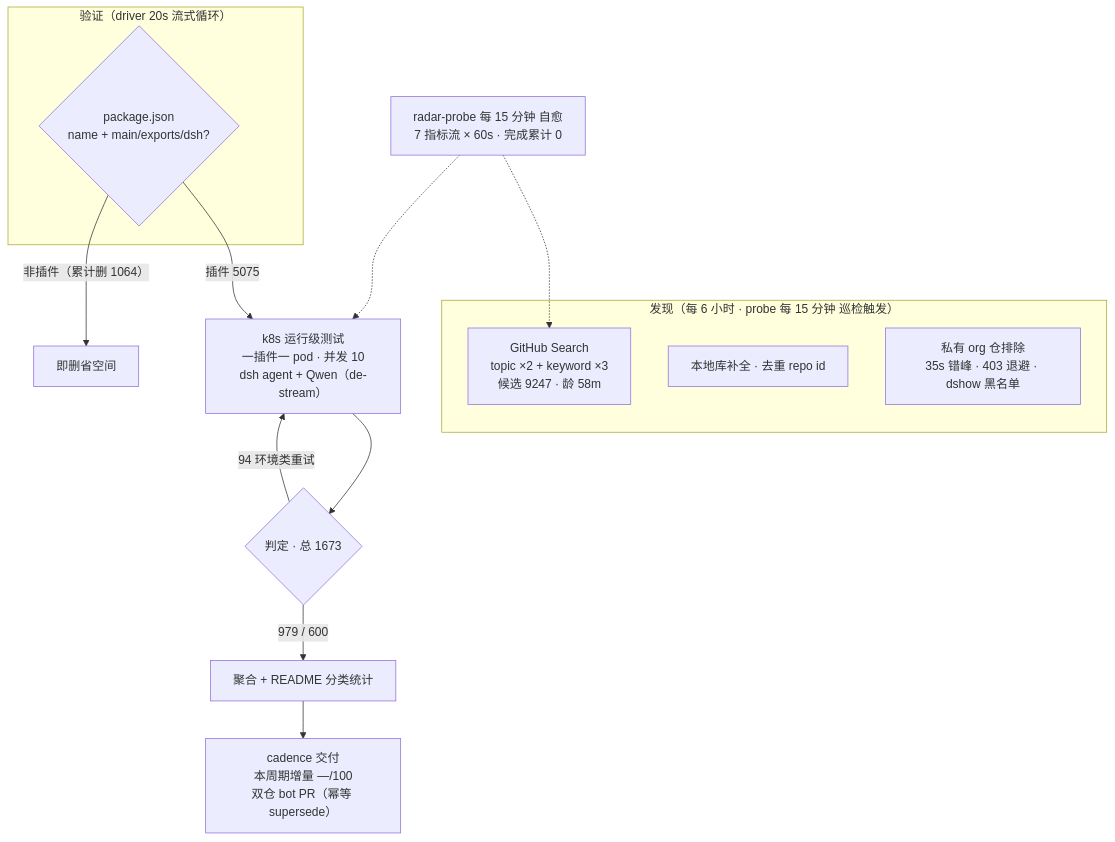
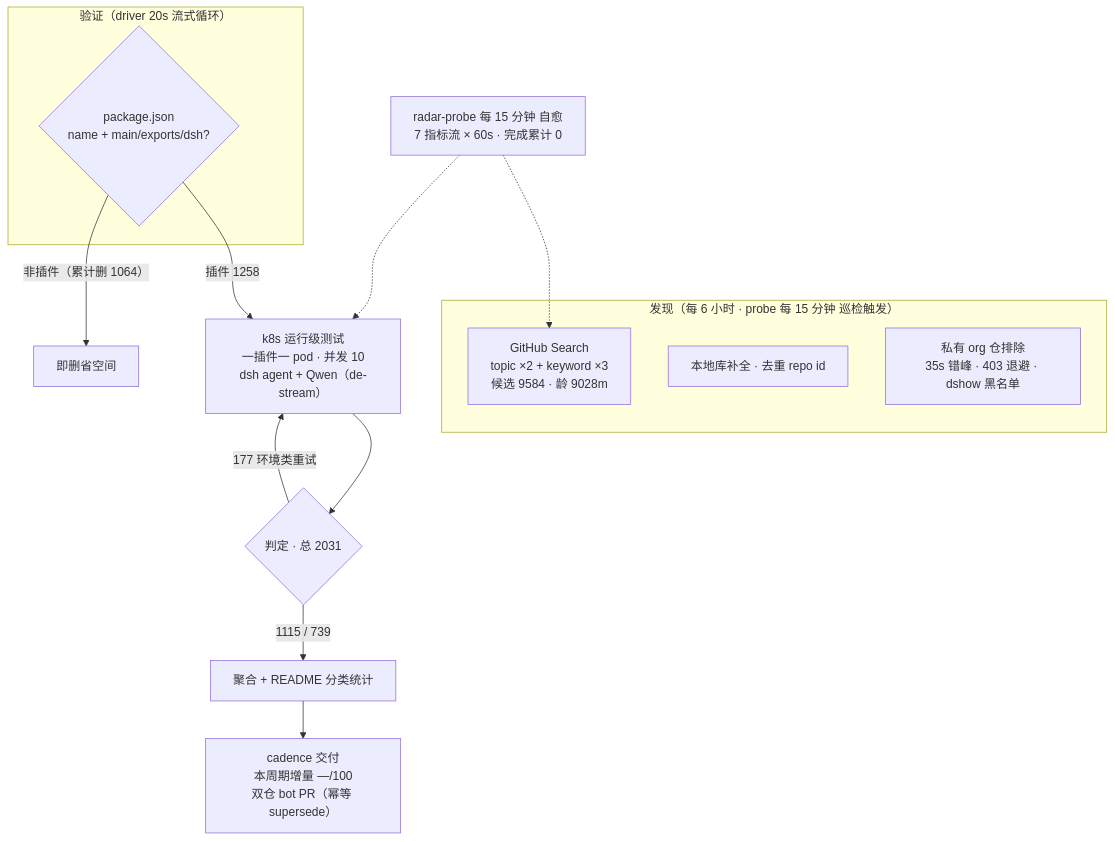
One commit to Zhidao-Lab-OSS/awesome-dsh-plugins changed the diagram in README.md. Above: the diagram before and after it, drawn with Mermaid. The commit also changed other lines of this file and 1 other file, not shown here.

````diff
--- a/README.md
+++ b/README.md
@@ -37,20 +37,20 @@
 ```mermaid
 flowchart TB
     subgraph Discovery["发现（每 6 小时 · probe 每 15 分钟 巡检触发）"]
-        A1["GitHub Search<br/>topic ×2 + keyword ×3<br/>候选 9247 · 龄 58m"]
+        A1["GitHub Search<br/>topic ×2 + keyword ×3<br/>候选 9584 · 龄 9028m"]
         A2["本地库补全 · 去重 repo id"]
         A3["私有 org 仓排除<br/>35s 错峰 · 403 退避 · dshow 黑名单"]
     end
     subgraph Validation["验证（driver 20s 流式循环）"]
         B1{"package.json<br/>name + main/exports/dsh?"}
     end
-    B1 -->|"插件 5075"| C1["k8s 运行级测试<br/>一插件一 pod · 并发 10<br/>dsh agent + Qwen（de-stream）"]
+    B1 -->|"插件 1258"| C1["k8s 运行级测试<br/>一插件一 pod · 并发 10<br/>dsh agent + Qwen（de-stream）"]
     B1 -->|"非插件（累计删 1064）"| B3["即删省空间"]
-    C1 --> D1{"判定 · 总 1673"}
-    D1 -->|"979 / 600"| E1["聚合 + README 分类统计"]
-    D1 -->|"94 环境类重试"| C1
+    C1 --> D1{"判定 · 总 2031"}
+    D1 -->|"1115 / 739"| E1["聚合 + README 分类统计"]
+    D1 -->|"177 环境类重试"| C1
     E1 --> E2["cadence 交付<br/>本周期增量 —/100<br/>双仓 bot PR（幂等 supersede）"]
     M["radar-probe 每 15 分钟 自愈<br/>7 指标流 × 60s · 完成累计 0"]
     M -.-> A1
     M -.-> C1
 ```
````
